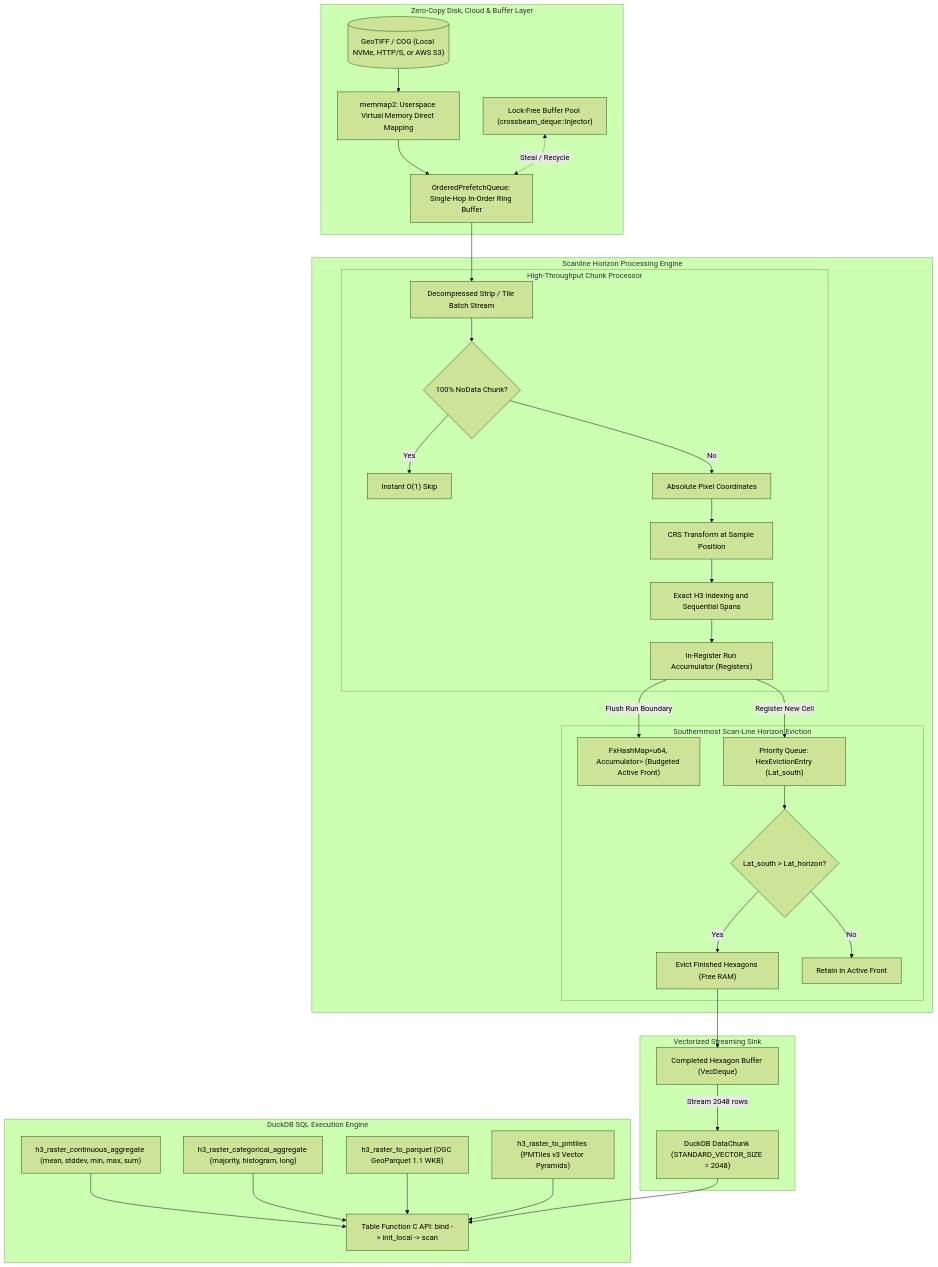
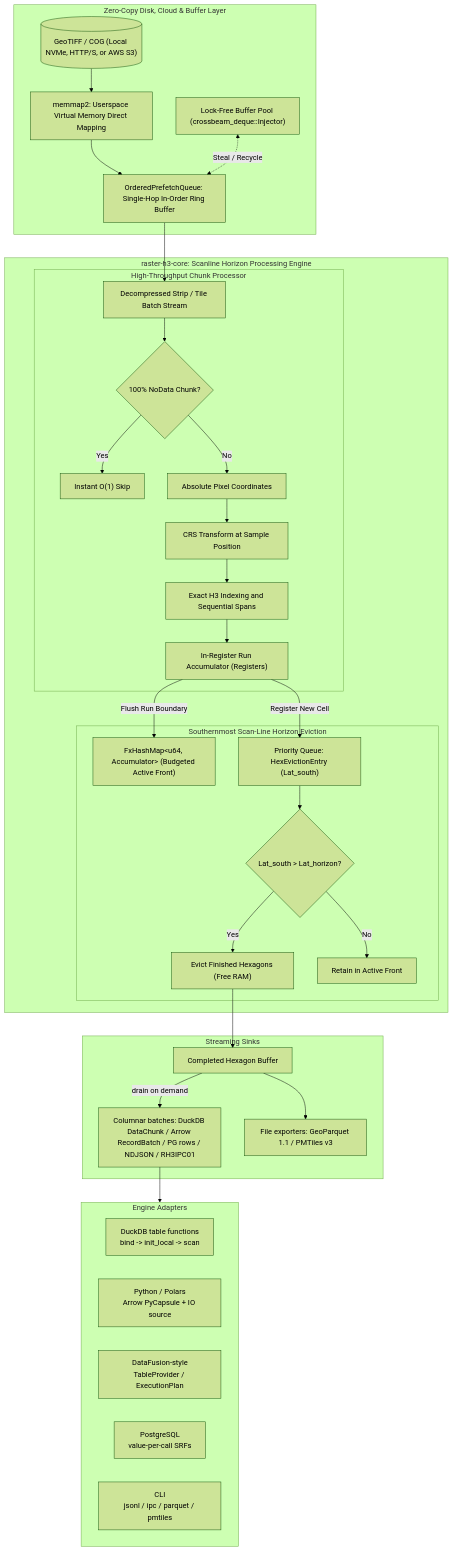
Before and after one commit to dmuldrew/raster_h3: the diagram in README.md, drawn with Mermaid (forest theme). The commit also changed other lines of this file and 10 other files, not shown here.

````diff
--- a/README.md
+++ b/README.md
@@ -578,57 +378,56 @@
 ```mermaid
 flowchart TD
-    subgraph DuckDB ["DuckDB SQL Execution Engine"]
-        SQL1["h3_raster_continuous_aggregate (mean, stddev, min, max, sum)"]
-        SQL2["h3_raster_categorical_aggregate (majority, histogram, long)"]
-        SQL3["h3_raster_to_parquet (OGC GeoParquet 1.1 WKB)"]
-        SQL4["h3_raster_to_pmtiles (PMTiles v3 Vector Pyramids)"]
-        TF["Table Function C API: bind -> init_local -> scan"]
-        SQL1 --> TF
-        SQL2 --> TF
-        SQL3 --> TF
-        SQL4 --> TF
+    subgraph ENGINES ["Engine Adapters"]
+        DUCK["DuckDB table functions<br/>bind -> init_local -> scan"]
+        PY["Python / Polars<br/>Arrow PyCapsule + IO source"]
+        DF["DataFusion-style<br/>TableProvider / ExecutionPlan"]
+        PG["PostgreSQL<br/>value-per-call SRFs"]
+        CLI["CLI<br/>jsonl / ipc / parquet / pmtiles"]
     end
 
     subgraph IO ["Zero-Copy Disk, Cloud & Buffer Layer"]
         FILE[("GeoTIFF / COG (Local NVMe, HTTP/S, or AWS S3)")]
         MMAP["memmap2: Userspace Virtual Memory Direct Mapping"]
         POOL["Lock-Free Buffer Pool (crossbeam_deque::Injector)"]
         QUEUE["OrderedPrefetchQueue: Single-Hop In-Order Ring Buffer"]
         FILE --> MMAP --> QUEUE
         POOL <.->|"Steal / Recycle"| QUEUE
     end
 
-    subgraph PIPELINE ["Scanline Horizon Processing Engine"]
+    subgraph PIPELINE ["raster-h3-core: Scanline Horizon Processing Engine"]
         CHUNK["Decompressed Strip / Tile Batch Stream"]
         QUEUE --> CHUNK
 
         subgraph WORKER ["High-Throughput Chunk Processor"]
             NODATA{"100% NoData Chunk?"}
             CHUNK --> NODATA
             NODATA -- "Yes" --> SKIP["Instant O(1) Skip"]
             NODATA -- "No" --> HOIST["Absolute Pixel Coordinates"]
             HOIST --> STEP["CRS Transform at Sample Position"]
             STEP --> LOOKAHEAD["Exact H3 Indexing and Sequential Spans"]
             LOOKAHEAD --> RUN["In-Register Run Accumulator (Registers)"]
         end
 
         subgraph HORIZON ["Southernmost Scan-Line Horizon Eviction"]
             ACTIVE_MAP["FxHashMap&lt;u64, Accumulator&gt; (Budgeted Active Front)"]
             PQUEUE["Priority Queue: HexEvictionEntry (Lat_south)"]
             RUN -->|"Flush Run Boundary"| ACTIVE_MAP
             RUN -->|"Register New Cell"| PQUEUE
             EVICT{"Lat_south > Lat_horizon?"}
             PQUEUE --> EVICT
             EVICT -- "Yes" --> POP["Evict Finished Hexagons (Free RAM)"]
             EVICT -- "No" --> KEEP["Retain in Active Front"]
         end
     end
 
-    subgraph OUTPUT ["Vectorized Streaming Sink"]
-        BUFFER["Completed Hexagon Buffer (VecDeque)"]
+    subgraph OUTPUT ["Streaming Sinks"]
+        BUFFER["Completed Hexagon Buffer"]
         POP --> BUFFER
-        CHUNK_OUT["DuckDB DataChunk (STANDARD_VECTOR_SIZE = 2048)"]
-        BUFFER -->|"Stream 2048 rows"| CHUNK_OUT
-        CHUNK_OUT --> TF
+        BATCH["Columnar batches: DuckDB DataChunk / Arrow RecordBatch / PG rows / NDJSON / RH3IPC01"]
+        FILES["File exporters: GeoParquet 1.1 / PMTiles v3"]
+        BUFFER -->|"drain on demand"| BATCH
+        BUFFER --> FILES
     end
+
+    BATCH --> ENGINES
 ```
````
